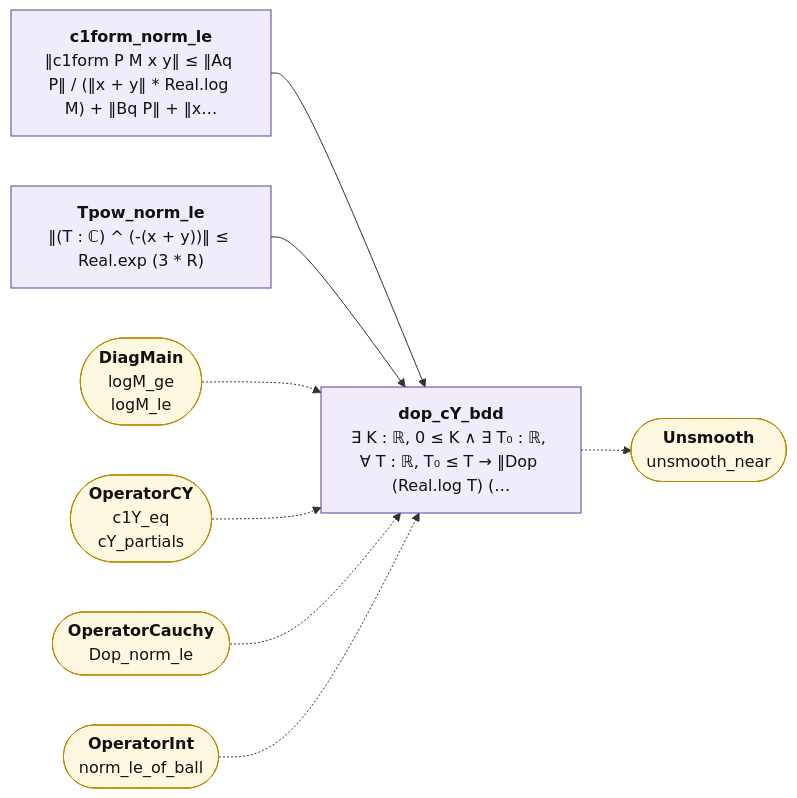
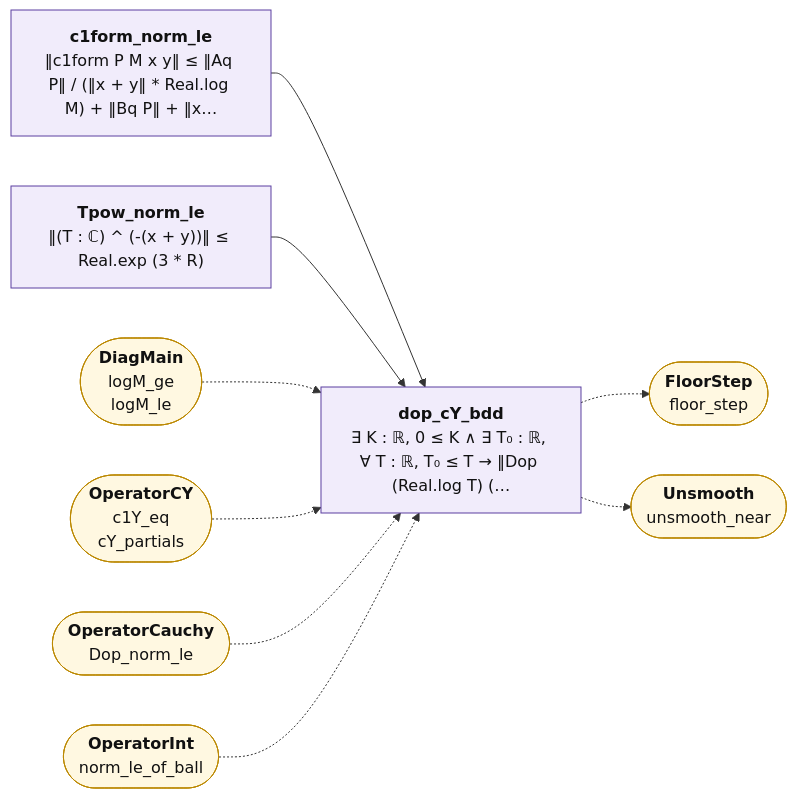
One commit to juliansambranojr/Primebeat_081426 changed the diagram in map/lean_stage3/UnsmoothCY.mmd. Above: the diagram before and after it, drawn with Mermaid. The commit also changed 31 other files, not shown here.

```diff
--- a/map/lean_stage3/UnsmoothCY.mmd
+++ b/map/lean_stage3/UnsmoothCY.mmd
@@ -1,24 +1,26 @@
 flowchart LR
   n0["<b>c1form_norm_le</b><br/>‖c1form P M x y‖ ≤ ‖Aq P‖ / (‖x + y‖ * Real.log M) + ‖Bq P‖ + ‖x…"]:::shp
   n1["<b>Tpow_norm_le</b><br/>‖(T : ℂ) ^ (-(x + y))‖ ≤ Real.exp (3 * R)"]:::shp
   n2["<b>dop_cY_bdd</b><br/>∃ K : ℝ, 0 ≤ K ∧ ∃ T₀ : ℝ, ∀ T : ℝ, T₀ ≤ T → ‖Dop (Real.log T) (…"]:::shp
   x0(["<b>DiagMain</b><br/>logM_ge<br/>logM_le"]):::ext
   x1(["<b>OperatorCY</b><br/>c1Y_eq<br/>cY_partials"]):::ext
   x2(["<b>OperatorCauchy</b><br/>Dop_norm_le"]):::ext
   x3(["<b>OperatorInt</b><br/>norm_le_of_ball"]):::ext
-  x4(["<b>Unsmooth</b><br/>unsmooth_near"]):::ext
+  x4(["<b>FloorStep</b><br/>floor_step"]):::ext
+  x5(["<b>Unsmooth</b><br/>unsmooth_near"]):::ext
   n0 --> n2
   n1 --> n2
   n2 -.-> x4
+  n2 -.-> x5
   x0 -.-> n2
   x1 -.-> n2
   x2 -.-> n2
   x3 -.-> n2
   classDef cnt fill:#dff5ec,stroke:#17694a,color:#111
   classDef shp fill:#f1ecfb,stroke:#5b3fa0,color:#111
   classDef rh fill:#ffe5e5,stroke:#c22,color:#111,stroke-width:2px
   classDef thm fill:#eef4ff,stroke:#335,color:#111
   classDef end_ fill:#e7f7e7,stroke:#2a7,color:#111,stroke-width:2px
   classDef lone fill:#fff,stroke:#999,color:#111,stroke-dasharray:4 3
   classDef bad fill:#ffe5e5,stroke:#c22,color:#111,stroke-width:2px
   classDef ext fill:#fff8e1,stroke:#b80,color:#111
```
